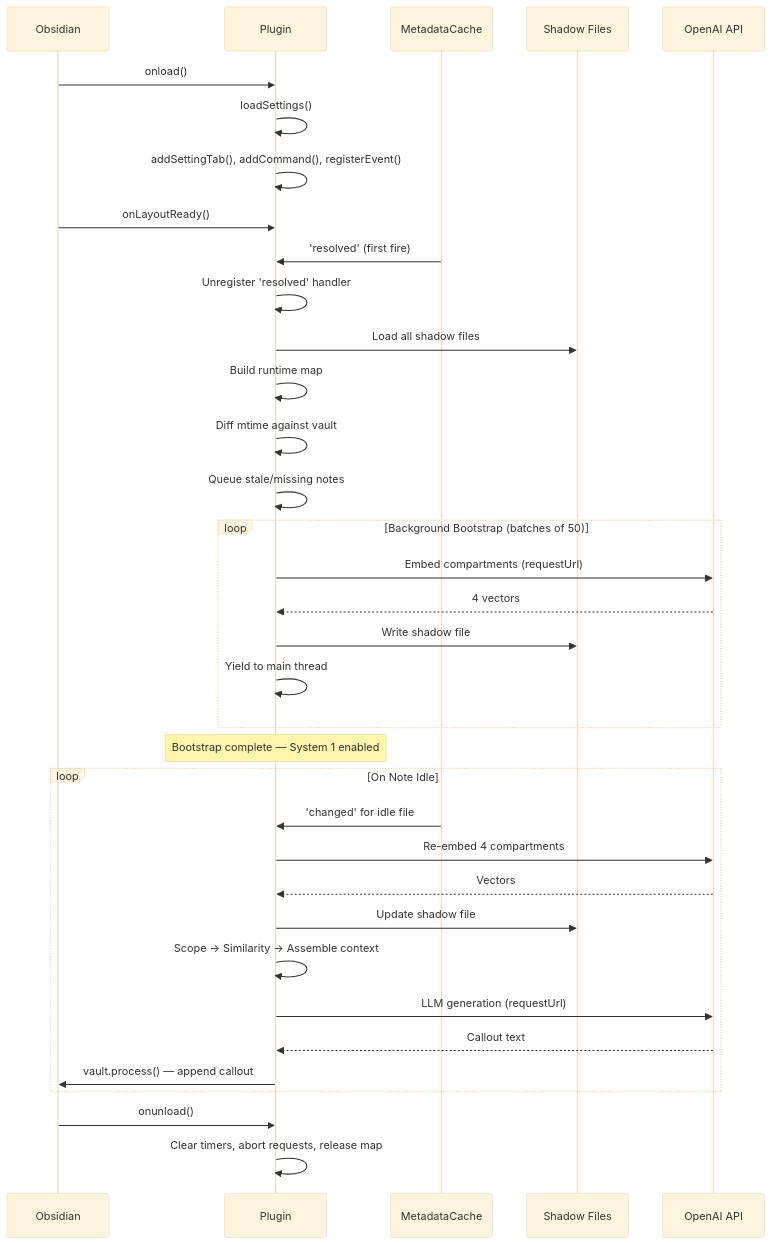
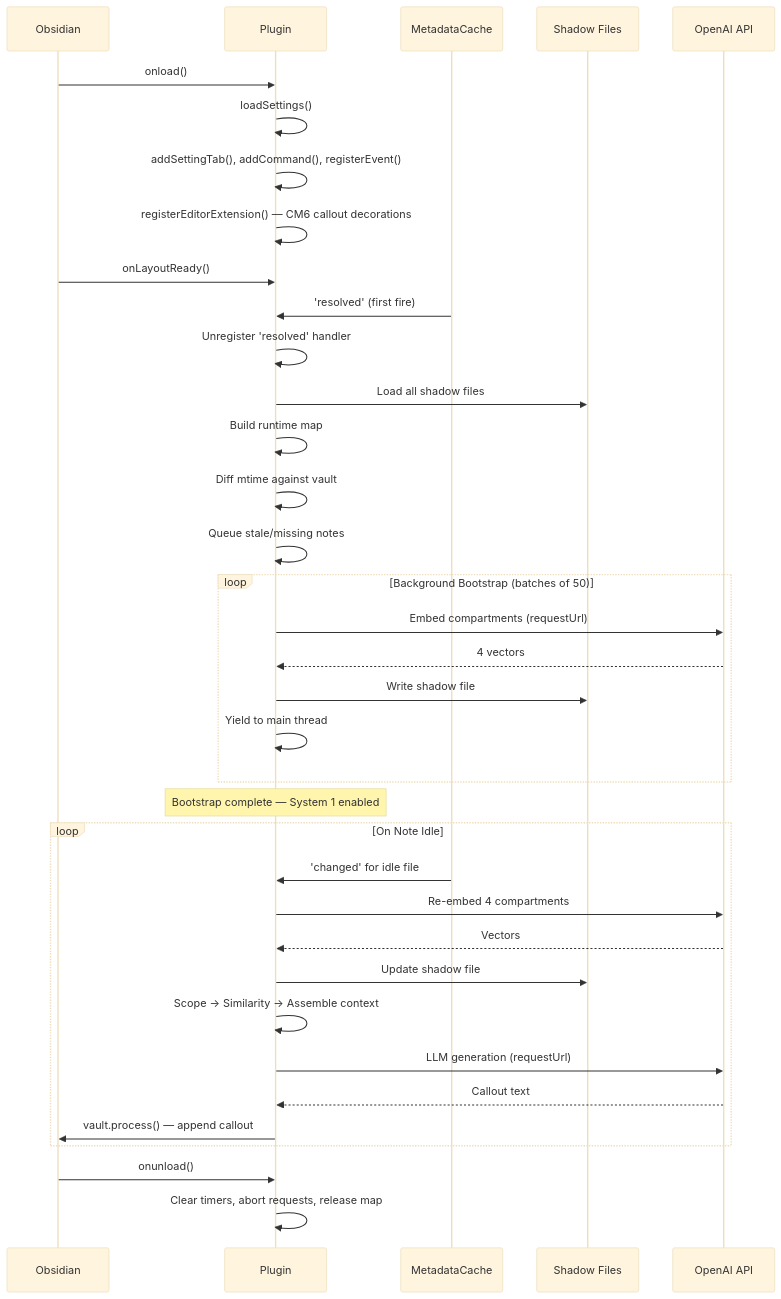
One commit to Liamhbray/second-thoughts changed the fourth of 4 diagrams in ARCHITECTURE.md. Above: the diagram before and after it, drawn with Mermaid (base theme). The commit also changed other lines of this file and 4 other files, not shown here.

````diff
--- a/ARCHITECTURE.md
+++ b/ARCHITECTURE.md
@@ -187,45 +196,46 @@
 ```mermaid
 sequenceDiagram
     participant O as Obsidian
     participant P as Plugin
     participant MC as MetadataCache
     participant FS as Shadow Files
     participant API as OpenAI API
 
     O->>P: onload()
     P->>P: loadSettings()
     P->>P: addSettingTab(), addCommand(), registerEvent()
+    P->>P: registerEditorExtension() — CM6 callout decorations
 
     O->>P: onLayoutReady()
 
     MC->>P: 'resolved' (first fire)
     P->>P: Unregister 'resolved' handler
 
     P->>FS: Load all shadow files
     P->>P: Build runtime map
     P->>P: Diff mtime against vault
     P->>P: Queue stale/missing notes
 
     loop Background Bootstrap (batches of 50)
         P->>API: Embed compartments (requestUrl)
         API-->>P: 4 vectors
         P->>FS: Write shadow file
         P->>P: Yield to main thread
     end
 
     Note over P: Bootstrap complete — System 1 enabled
 
     loop On Note Idle
         MC->>P: 'changed' for idle file
         P->>API: Re-embed 4 compartments
         API-->>P: Vectors
         P->>FS: Update shadow file
         P->>P: Scope → Similarity → Assemble context
         P->>API: LLM generation (requestUrl)
         API-->>P: Callout text
         P->>O: vault.process() — append callout
     end
 
     O->>P: onunload()
     P->>P: Clear timers, abort requests, release map
 ```
````
